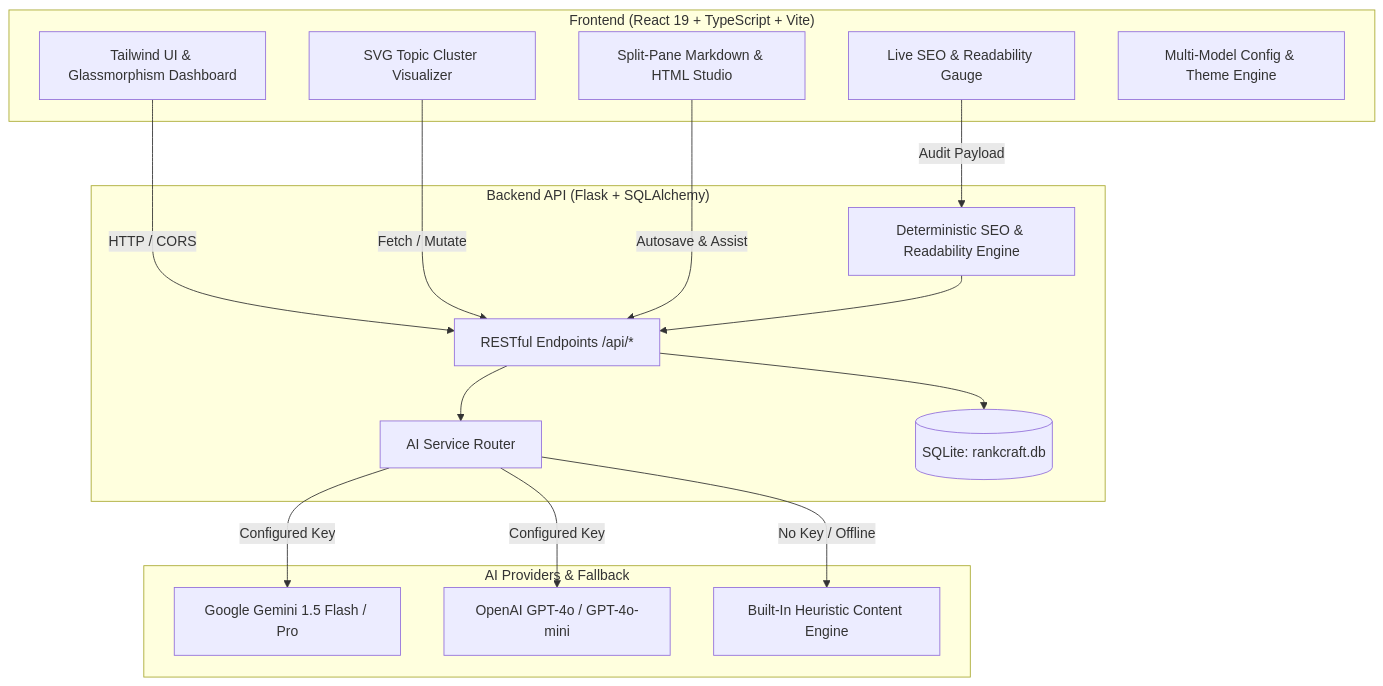
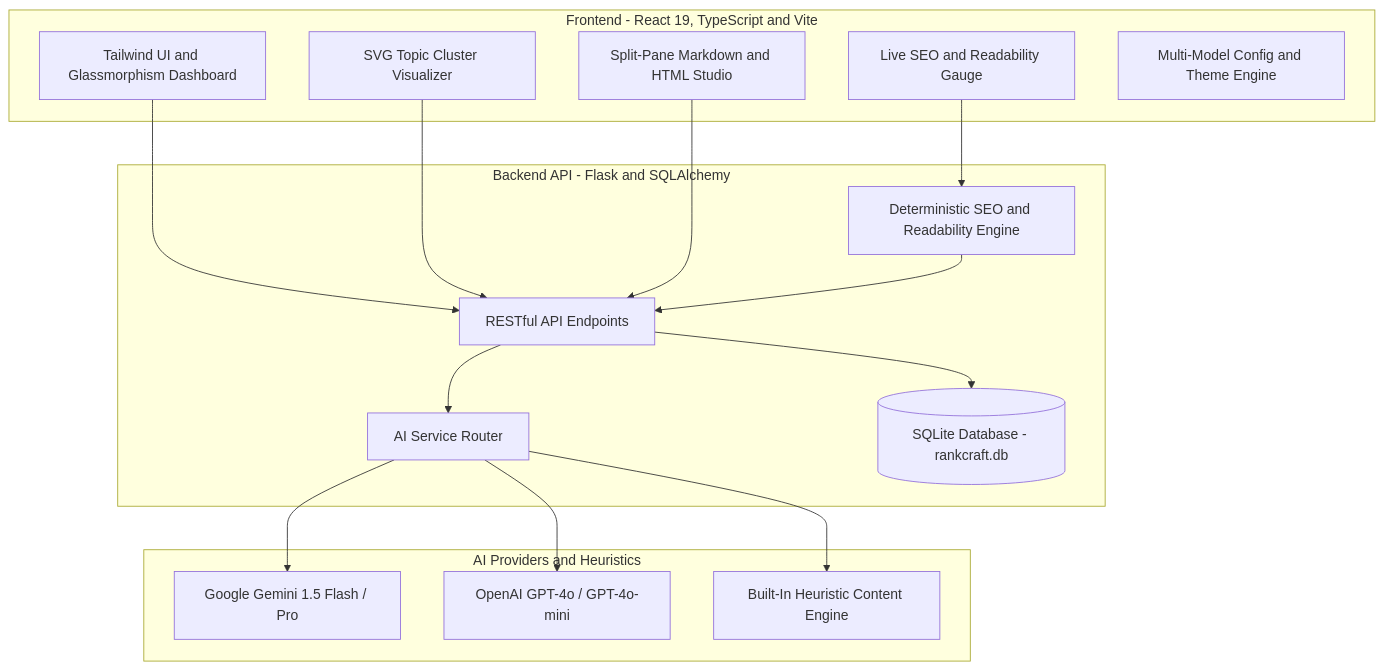
One commit to Anishgoswami-dev/AI-SEO-Blog-Content-Cluster changed the diagram in README.md. Above: the diagram before and after it, drawn with Mermaid.

Commit message:
fix(readme): fix GitHub Mermaid diagram syntax in architecture section

````diff
--- a/README.md
+++ b/README.md
@@ -114,34 +114,34 @@
 ```mermaid
-graph TD
-    subgraph Frontend ["Frontend (React 19 + TypeScript + Vite)"]
-        UI[Tailwind UI & Glassmorphism Dashboard]
-        ClusterMap[SVG Topic Cluster Visualizer]
-        Studio[Split-Pane Markdown & HTML Studio]
-        AuditWidget[Live SEO & Readability Gauge]
-        SettingsUI[Multi-Model Config & Theme Engine]
+flowchart TD
+    subgraph Frontend ["Frontend - React 19, TypeScript and Vite"]
+        UI["Tailwind UI and Glassmorphism Dashboard"]
+        ClusterMap["SVG Topic Cluster Visualizer"]
+        Studio["Split-Pane Markdown and HTML Studio"]
+        AuditWidget["Live SEO and Readability Gauge"]
+        SettingsUI["Multi-Model Config and Theme Engine"]
     end
 
-    subgraph Backend ["Backend API (Flask + SQLAlchemy)"]
-        API[RESTful Endpoints /api/*]
-        SEOEngine[Deterministic SEO & Readability Engine]
-        AIService[AI Service Router]
-        DB[(SQLite: rankcraft.db)]
+    subgraph Backend ["Backend API - Flask and SQLAlchemy"]
+        API["RESTful API Endpoints"]
+        SEOEngine["Deterministic SEO and Readability Engine"]
+        AIService["AI Service Router"]
+        DB[("SQLite Database - rankcraft.db")]
     end
 
-    subgraph AIProviders ["AI Providers & Fallback"]
-        Gemini[Google Gemini 1.5 Flash / Pro]
-        OpenAI[OpenAI GPT-4o / GPT-4o-mini]
-        Fallback[Built-In Heuristic Content Engine]
+    subgraph AIProviders ["AI Providers and Heuristics"]
+        Gemini["Google Gemini 1.5 Flash / Pro"]
+        OpenAI["OpenAI GPT-4o / GPT-4o-mini"]
+        Fallback["Built-In Heuristic Content Engine"]
     end
 
-    UI -->|HTTP / CORS| API
-    ClusterMap -->|Fetch / Mutate| API
-    Studio -->|Autosave & Assist| API
-    AuditWidget -->|Audit Payload| SEOEngine
+    UI --> API
+    ClusterMap --> API
+    Studio --> API
+    AuditWidget --> SEOEngine
     API --> DB
     API --> AIService
-    AIService -->|Configured Key| Gemini
-    AIService -->|Configured Key| OpenAI
-    AIService -->|No Key / Offline| Fallback
+    AIService --> Gemini
+    AIService --> OpenAI
+    AIService --> Fallback
     SEOEngine --> API
 ```
````
